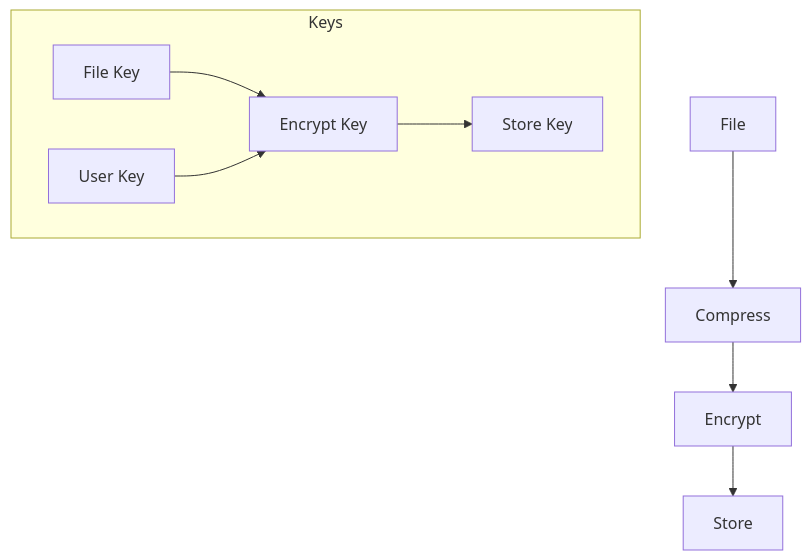
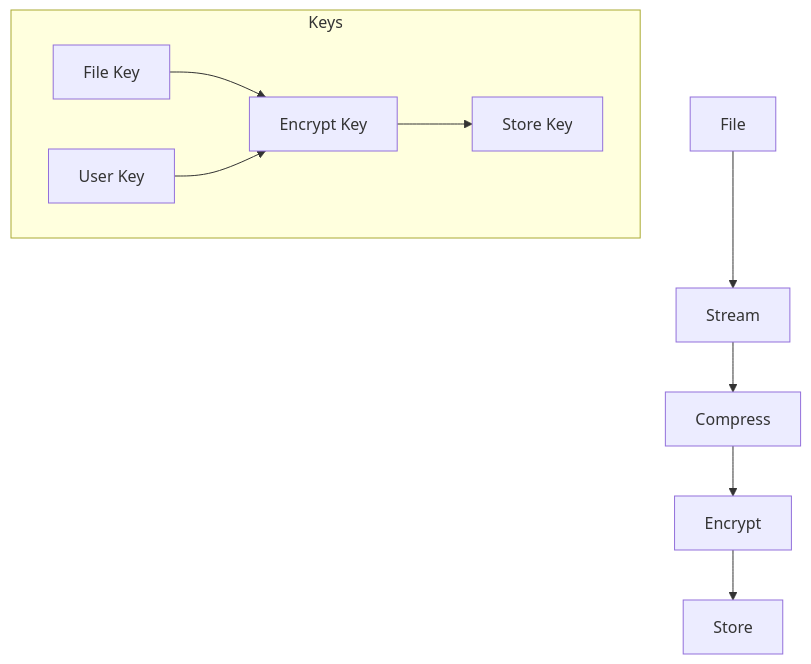
The third of 5 diagrams in docs/security.md (n-onsh/transcribo_secure), drawn with Mermaid before and after one commit. The commit also changed other lines of this file and 36 other files, not shown here.

````diff
--- a/docs/security.md
+++ b/docs/security.md
@@ -114,12 +114,13 @@
 ```mermaid
 graph TD
-    F[File] --> C[Compress]
+    F[File] --> S[Stream]
+    S --> C[Compress]
     C --> E[Encrypt]
-    E --> S[Store]
+    E --> ST[Store]
     
     subgraph Keys
         FK[File Key] --> EK[Encrypt Key]
         UK[User Key] --> EK
         EK --> SK[Store Key]
     end
 ```
````
